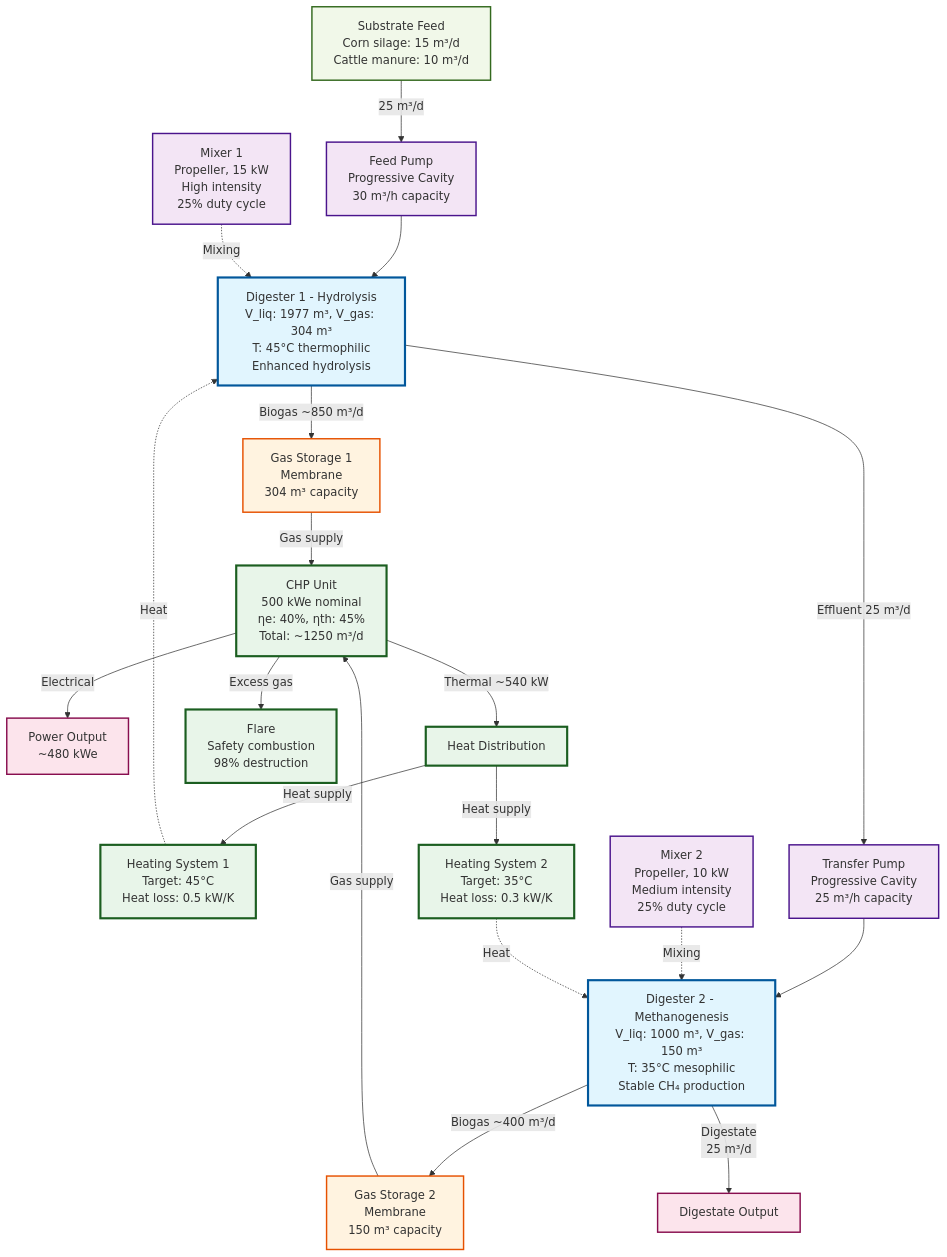
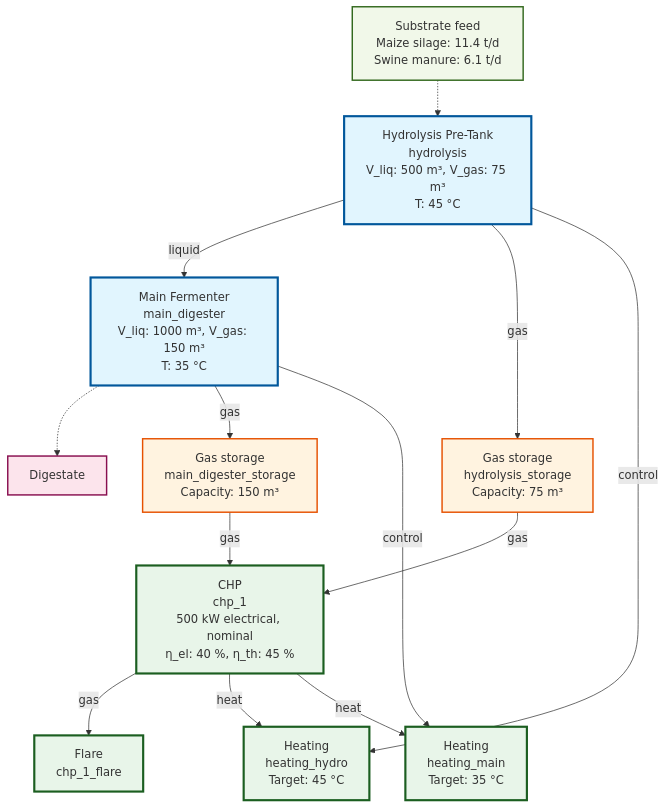
One commit to dgaida/PyADM1ODE changed the diagram in docs/en/examples/two_stage_plant.md. Above: the diagram before and after it, drawn with Mermaid. The commit also changed other lines of this file and 181 other files, not shown here.

````diff
--- a/docs/en/examples/two_stage_plant.md
+++ b/docs/en/examples/two_stage_plant.md
@@ -13,66 +25,38 @@
 ```mermaid
 graph TB
-    %% Substrate feed
-    Feed[Substrate Feed<br/>Corn silage: 15 m³/d<br/>Cattle manure: 10 m³/d]
+    Feed[Substrate feed<br/>Maize silage: 11.4 t/d<br/>Swine manure: 6.1 t/d]
+    Hydro[Hydrolysis Pre-Tank<br/>hydrolysis<br/>V_liq: 500 m³, V_gas: 75 m³<br/>T: 45 °C]
+    Main[Main Fermenter<br/>main_digester<br/>V_liq: 1000 m³, V_gas: 150 m³<br/>T: 35 °C]
+    Effluent[Digestate]
+    Storage1[Gas storage<br/>hydrolysis_storage<br/>Capacity: 75 m³]
+    Storage2[Gas storage<br/>main_digester_storage<br/>Capacity: 150 m³]
+    CHP[CHP<br/>chp_1<br/>500 kW electrical, nominal<br/>η_el: 40 %, η_th: 45 %]
+    Flare[Flare<br/>chp_1_flare]
+    Heating1[Heating<br/>heating_hydro<br/>Target: 45 °C]
+    Heating2[Heating<br/>heating_main<br/>Target: 35 °C]
 
-    %% Feed pump
-    Feed -->|25 m³/d| FeedPump[Feed Pump<br/>Progressive Cavity<br/>30 m³/h capacity]
+    Feed -.-> Hydro
+    Hydro -->|liquid| Main
+    Main -.-> Effluent
+    Hydro -->|gas| Storage1
+    Main -->|gas| Storage2
+    Storage1 -->|gas| CHP
+    Storage2 -->|gas| CHP
+    CHP -->|gas| Flare
+    Hydro -->|control| Heating1
+    Main -->|control| Heating2
+    CHP -->|heat| Heating1
+    CHP -->|heat| Heating2
 
-    %% First stage - Hydrolysis
-    FeedPump --> Dig1[Digester 1 - Hydrolysis<br/>V_liq: 1977 m³, V_gas: 304 m³<br/>T: 45°C thermophilic<br/>Enhanced hydrolysis]
-
-    %% Mixer 1
-    Mixer1[Mixer 1<br/>Propeller, 15 kW<br/>High intensity<br/>25% duty cycle] -.->|Mixing| Dig1
-
-    %% Gas storage 1
-    Dig1 -->|Biogas ~850 m³/d| Storage1[Gas Storage 1<br/>Membrane<br/>304 m³ capacity]
-
-    %% Heating 1
-    Heating1[Heating System 1<br/>Target: 45°C<br/>Heat loss: 0.5 kW/K] -.->|Heat| Dig1
-
-    %% Transfer pump
-    Dig1 -->|Effluent 25 m³/d| TransPump[Transfer Pump<br/>Progressive Cavity<br/>25 m³/h capacity]
-
-    %% Second stage - Methanogenesis
-    TransPump --> Dig2[Digester 2 - Methanogenesis<br/>V_liq: 1000 m³, V_gas: 150 m³<br/>T: 35°C mesophilic<br/>Stable CH₄ production]
-
-    %% Mixer 2
-    Mixer2[Mixer 2<br/>Propeller, 10 kW<br/>Medium intensity<br/>25% duty cycle] -.->|Mixing| Dig2
-
-    %% Gas storage 2
-    Dig2 -->|Biogas ~400 m³/d| Storage2[Gas Storage 2<br/>Membrane<br/>150 m³ capacity]
-
-    %% Heating 2
-    Heating2[Heating System 2<br/>Target: 35°C<br/>Heat loss: 0.3 kW/K] -.->|Heat| Dig2
-
-    %% Combined gas flow to CHP
-    Storage1 -->|Gas supply| CHP[CHP Unit<br/>500 kWe nominal<br/>ηe: 40%, ηth: 45%<br/>Total: ~1250 m³/d]
-    Storage2 -->|Gas supply| CHP
-
-    %% CHP outputs
-    CHP -->|Electrical| Power[Power Output<br/>~480 kWe]
-    CHP -->|Thermal ~540 kW| HeatDist[Heat Distribution]
-    CHP -->|Excess gas| Flare[Flare<br/>Safety combustion<br/>98% destruction]
-
-    %% Heat distribution
-    HeatDist -->|Heat supply| Heating1
-    HeatDist -->|Heat supply| Heating2
-
-    %% Final outputs
-    Dig2 -->|Digestate<br/>25 m³/d| Effluent[Digestate Output]
-
-    %% Styling
     classDef processBox fill:#e1f5fe,stroke:#01579b,stroke-width:3px
     classDef storageBox fill:#fff3e0,stroke:#e65100,stroke-width:2px
-    classDef mechanicalBox fill:#f3e5f5,stroke:#4a148c,stroke-width:2px
     classDef energyBox fill:#e8f5e9,stroke:#1b5e20,stroke-width:3px
     classDef inputBox fill:#f1f8e9,stroke:#33691e,stroke-width:2px
     classDef outputBox fill:#fce4ec,stroke:#880e4f,stroke-width:2px
 
-    class Dig1,Dig2 processBox
+    class Hydro,Main processBox
     class Storage1,Storage2 storageBox
-    class FeedPump,TransPump,Mixer1,Mixer2 mechanicalBox
-    class CHP,Heating1,Heating2,HeatDist,Flare energyBox
+    class CHP,Flare,Heating1,Heating2 energyBox
     class Feed inputBox
-    class Power,Effluent outputBox
+    class Effluent outputBox
 ```
````
